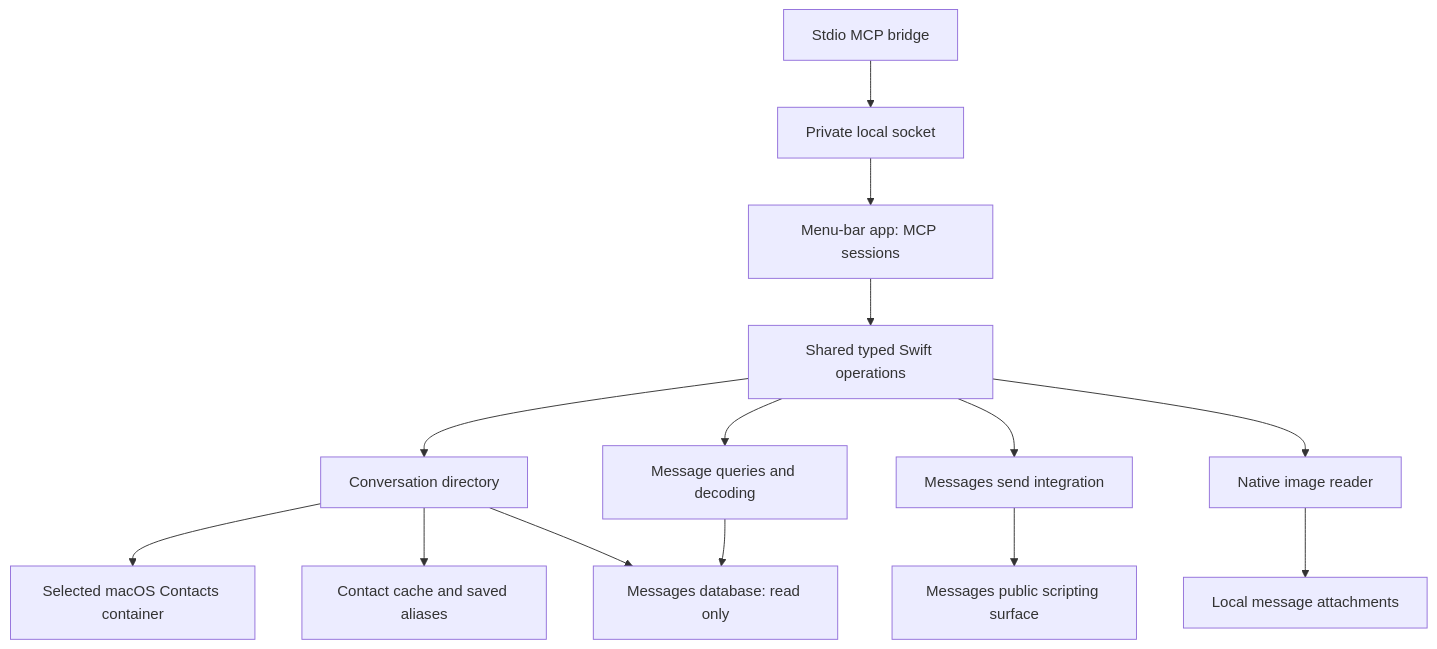
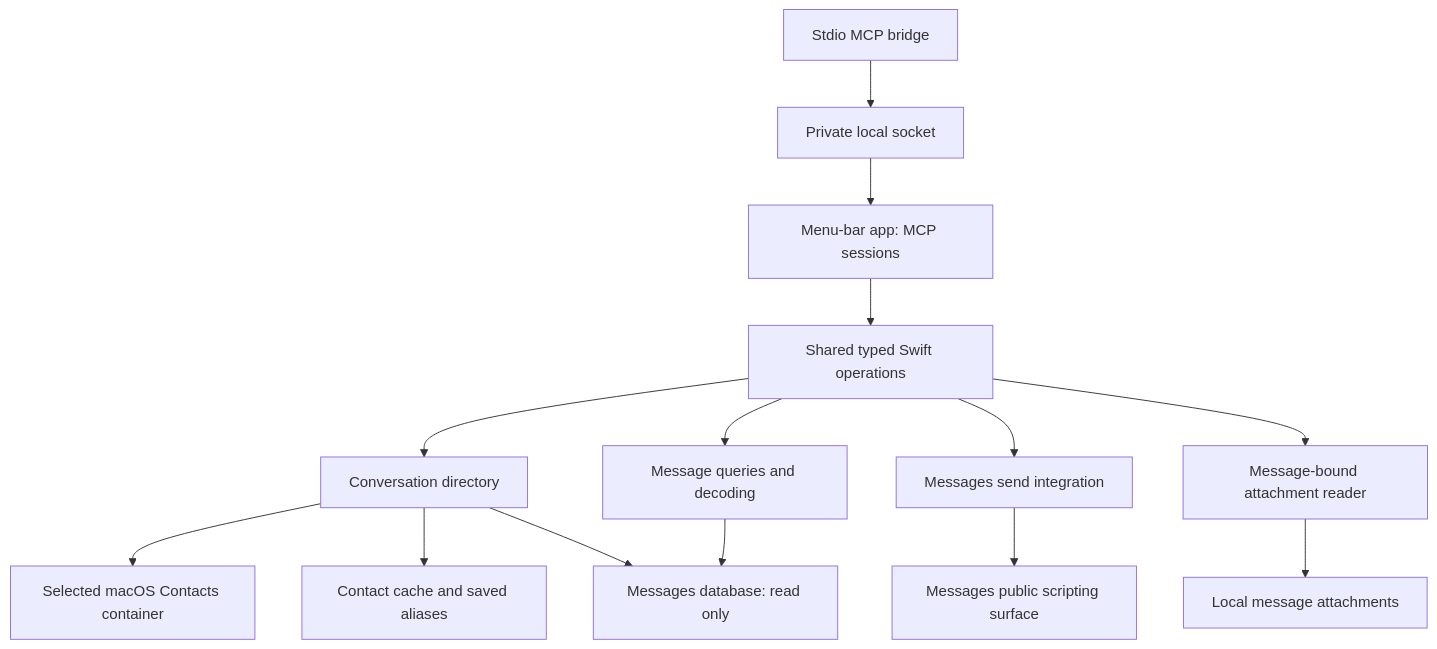
The diagram in docs/architecture.md (ericfeunekes/messages-swift), drawn with Mermaid before and after one commit. The commit also changed other lines of this file and 18 other files, not shown here.

First line of the commit message:
Add message-bound incoming image and file retrieval

````diff
--- a/docs/architecture.md
+++ b/docs/architecture.md
@@ -7,16 +7,16 @@
 ```mermaid
 flowchart TD
     MCP[Stdio MCP bridge] --> Socket[Private local socket]
     Socket --> App[Menu-bar app: MCP sessions]
     App --> Operations[Shared typed Swift operations]
     Operations --> Directory[Conversation directory]
     Operations --> History[Message queries and decoding]
     Operations --> Send[Messages send integration]
-    Operations --> Images[Native image reader]
+    Operations --> Images[Message-bound attachment reader]
     Directory --> Contacts[Selected macOS Contacts container]
     Directory --> State[Contact cache and saved aliases]
     Directory --> DB[Messages database: read only]
     History --> DB
     Images --> Files[Local message attachments]
     Send --> Scripting[Messages public scripting surface]
 ```
````
